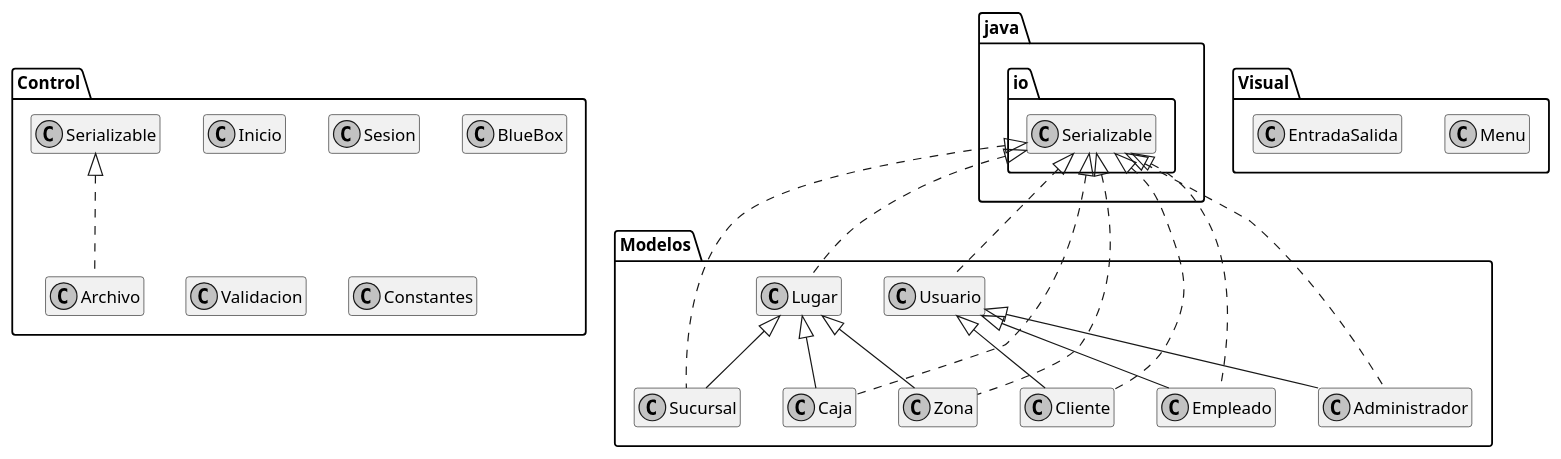
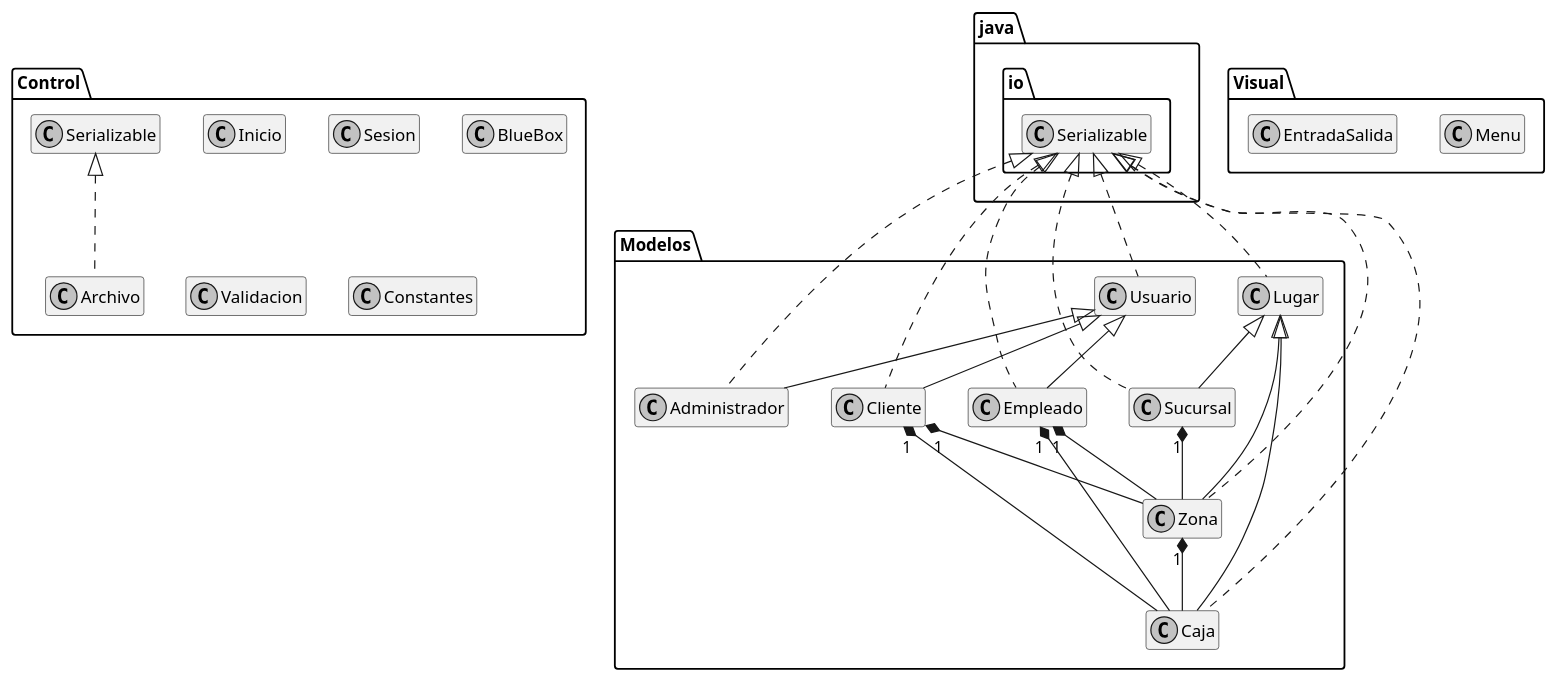
Before and after one commit to JuanIgnacioSzapiro/Entrega-Primer-Parcial---Juan-Ignacio-Szapiro: the diagram in Diagrama de clases.puml, drawn with PlantUML. The commit also changed 4 other files, not shown here.

```diff
--- a/Diagrama de clases.puml
+++ b/Diagrama de clases.puml
@@ -1,68 +1,72 @@
 @startuml
 /'
 esconde el círculo
 '/
 skinparam classAttributeIconSize 0
 /'
 le saca la visibilidad a las propiedades y métodos
 '/
 skinparam monochrome true
 /'
 lo vuelve blanco y negro
 '/
 hide members
 /'
 solo deja el nombre de las clases
 '/
 class Control.Inicio {
 }
 class Control.Sesion {
 }
 class Modelos.Sucursal {
 }
 class Visual.Menu {
 }
 class Modelos.Lugar {
 }
 class Visual.EntradaSalida {
 }
 class Control.Archivo {
 }
 class Modelos.Caja {
 }
 class Control.BlueBox {
 }
 class Modelos.Zona {
 }
 class Control.Validacion {
 }
 class Modelos.Usuario {
 }
 class Modelos.Cliente {
-+ <<Create>> Cliente(int,String,String)
 }
 class Control.Constantes {
-+ {static} String total
 }
 class Modelos.Empleado {
 }
 class Modelos.Administrador {
 }
 
 
 java.io.Serializable <|.. Modelos.Sucursal
 Modelos.Lugar <|-- Modelos.Sucursal
 java.io.Serializable <|.. Modelos.Lugar
 Control.Serializable <|.. Control.Archivo
 java.io.Serializable <|.. Modelos.Caja
 Modelos.Lugar <|-- Modelos.Caja
 java.io.Serializable <|.. Modelos.Zona
 Modelos.Lugar <|-- Modelos.Zona
 java.io.Serializable <|.. Modelos.Usuario
 java.io.Serializable <|.. Modelos.Cliente
 Modelos.Usuario <|-- Modelos.Cliente
 java.io.Serializable <|.. Modelos.Empleado
 Modelos.Usuario <|-- Modelos.Empleado
 java.io.Serializable <|.. Modelos.Administrador
 Modelos.Usuario <|-- Modelos.Administrador
+Modelos.Sucursal "1" *-- Modelos.Zona
+Modelos.Zona "1" *-- Modelos.Caja
+Modelos.Empleado "1" *-- Modelos.Zona
+Modelos.Empleado "1" *-- Modelos.Caja
+Modelos.Cliente "1" *-- Modelos.Zona
+Modelos.Cliente "1" *-- Modelos.Caja
 @enduml
```
